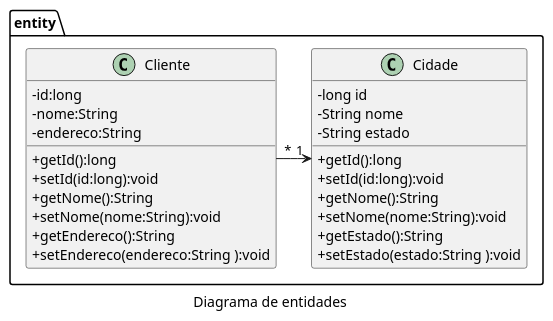
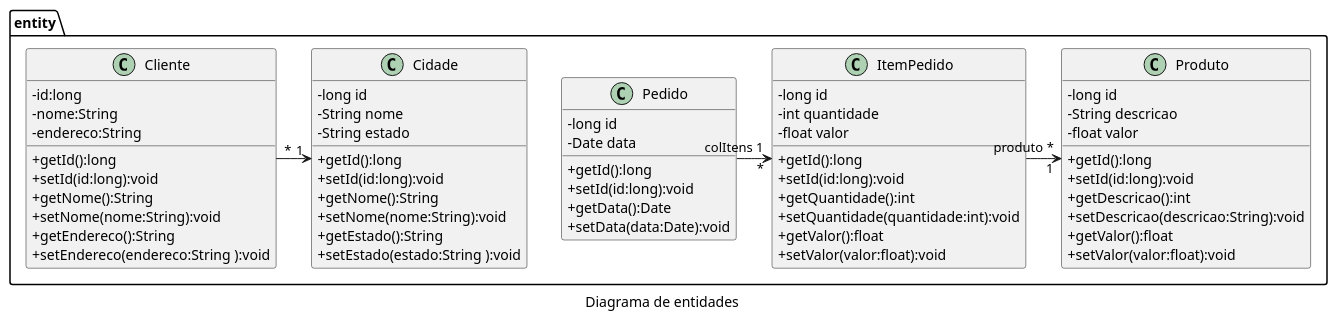
One commit to waltercoan/FSO2024-2 changed the diagram in diagramas/entidades.puml. Above: the diagram before and after it, drawn with PlantUML. The commit also changed 6 other files, not shown here.

```diff
--- a/diagramas/entidades.puml
+++ b/diagramas/entidades.puml
@@ -1,70 +1,69 @@
 @startuml
 skinparam classAttributeIconSize 0
 caption Diagrama de entidades
 namespace entity {
     class Cliente {
         - id:long
         - nome:String
         - endereco:String
 
         + getId():long
         + setId(id:long):void
         + getNome():String
         + setNome(nome:String):void
         + getEndereco():String
         + setEndereco(endereco:String ):void
         
     }
     class Cidade {
         - long id
         - String nome
         - String estado
 
         + getId():long
         + setId(id:long):void
         + getNome():String
         + setNome(nome:String):void
         + getEstado():String
         + setEstado(estado:String ):void
     }
-    /'class Pedido {
+    class Pedido {
         - long id
         - Date data
 
         + getId():long
         + setId(id:long):void
         + getData():Date
         + setData(data:Date):void
     }
     class ItemPedido {
         - long id
         - int quantidade
         - float valor
 
         + getId():long
         + setId(id:long):void
         + getQuantidade():int
         + setQuantidade(quantidade:int):void
         + getValor():float
         + setValor(valor:float):void
     }
     class Produto {
         - long id
         - String descricao
         - float valor
 
         + getId():long
         + setId(id:long):void
         + getDescricao():int
         + setDescricao(descricao:String):void
         + getValor():float
         + setValor(valor:float):void
     }
 
     
     Pedido "colItens 1" -> "*" ItemPedido
     ItemPedido "produto *" -> "1" Produto
-    '/
     Cliente "*" -> "1" Cidade
 }
 @enduml
```
